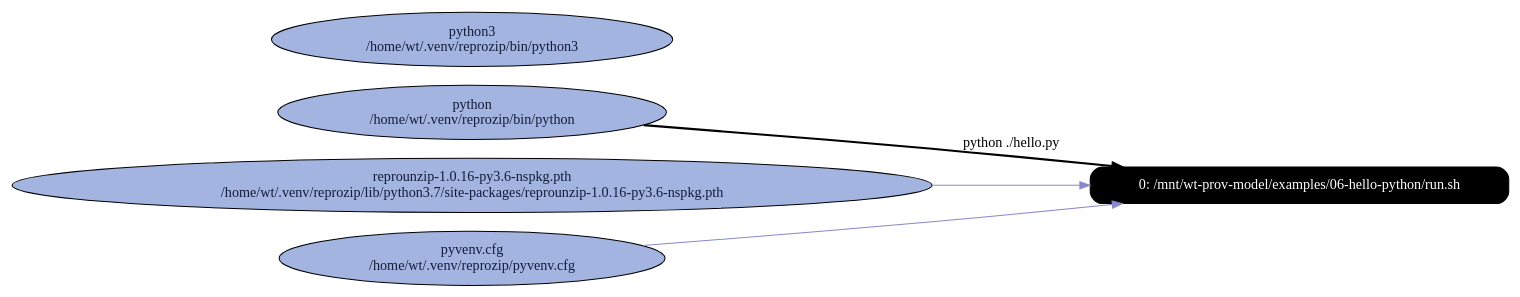
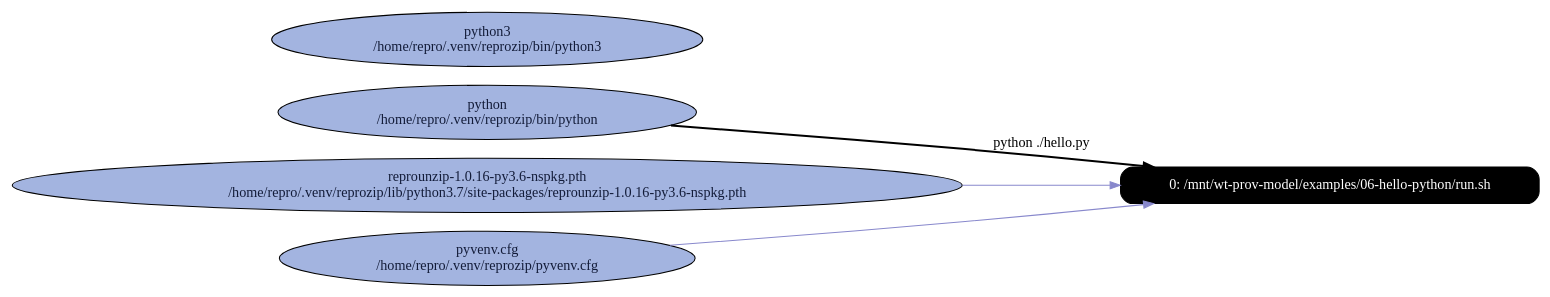
The diagram in examples/06-hello-python/graphs/rpz_A_run_with_input_and_output_files.dot (CIRSS/cpr), drawn with Graphviz before and after one commit. The commit also changed 19 other files, not shown here.

```diff
--- a/examples/06-hello-python/graphs/rpz_A_run_with_input_and_output_files.dot
+++ b/examples/06-hello-python/graphs/rpz_A_run_with_input_and_output_files.dot
@@ -1,19 +1,19 @@
 digraph G {
     rankdir=LR;
 
     /* programs */
     node [shape=box fontcolor=white fillcolor=black style="filled,rounded"];
     run0 [label="0: /mnt/wt-prov-model/examples/06-hello-python/run.sh"];
 
     node [shape=ellipse fontcolor="#131C39" fillcolor="#C9D2ED"];
 
     /* other files */
-    "/home/wt/.venv/reprozip/bin/python" [fillcolor="#A3B4E0", label="python\n/home/wt/.venv/reprozip/bin/python"];
-    "/home/wt/.venv/reprozip/bin/python3" [fillcolor="#A3B4E0", label="python3\n/home/wt/.venv/reprozip/bin/python3"];
-    "/home/wt/.venv/reprozip/lib/python3.7/site-packages/reprounzip-1.0.16-py3.6-nspkg.pth" [fillcolor="#A3B4E0", label="reprounzip-1.0.16-py3.6-nspkg.pth\n/home/wt/.venv/reprozip/lib/python3.7/site-packages/reprounzip-1.0.16-py3.6-nspkg.pth"];
-    "/home/wt/.venv/reprozip/pyvenv.cfg" [fillcolor="#A3B4E0", label="pyvenv.cfg\n/home/wt/.venv/reprozip/pyvenv.cfg"];
+    "/home/repro/.venv/reprozip/bin/python" [fillcolor="#A3B4E0", label="python\n/home/repro/.venv/reprozip/bin/python"];
+    "/home/repro/.venv/reprozip/bin/python3" [fillcolor="#A3B4E0", label="python3\n/home/repro/.venv/reprozip/bin/python3"];
+    "/home/repro/.venv/reprozip/lib/python3.7/site-packages/reprounzip-1.0.16-py3.6-nspkg.pth" [fillcolor="#A3B4E0", label="reprounzip-1.0.16-py3.6-nspkg.pth\n/home/repro/.venv/reprozip/lib/python3.7/site-packages/reprounzip-1.0.16-py3.6-nspkg.pth"];
+    "/home/repro/.venv/reprozip/pyvenv.cfg" [fillcolor="#A3B4E0", label="pyvenv.cfg\n/home/repro/.venv/reprozip/pyvenv.cfg"];
 
-    "/home/wt/.venv/reprozip/bin/python" -> run0 [style=bold, label="python ./hello.py"];
-    "/home/wt/.venv/reprozip/pyvenv.cfg" -> run0 [color="#8888CC"];
-    "/home/wt/.venv/reprozip/lib/python3.7/site-packages/reprounzip-1.0.16-py3.6-nspkg.pth" -> run0 [color="#8888CC"];
+    "/home/repro/.venv/reprozip/bin/python" -> run0 [style=bold, label="python ./hello.py"];
+    "/home/repro/.venv/reprozip/pyvenv.cfg" -> run0 [color="#8888CC"];
+    "/home/repro/.venv/reprozip/lib/python3.7/site-packages/reprounzip-1.0.16-py3.6-nspkg.pth" -> run0 [color="#8888CC"];
 }
```
